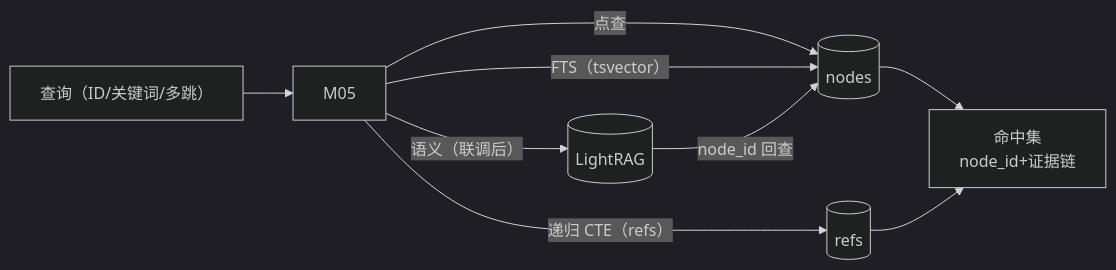
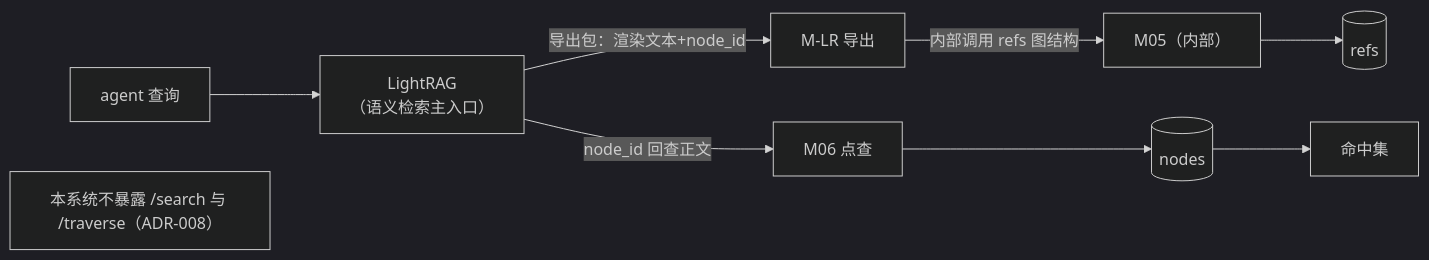
The fourth of 5 diagrams in spec/arch_spec/data_flow_diagrams.md (amoslee2026/AgenticDocer), drawn with Mermaid (dark theme) before and after one commit. The commit also changed other lines of this file, not shown here.

````diff
--- a/spec/arch_spec/data_flow_diagrams.md
+++ b/spec/arch_spec/data_flow_diagrams.md
@@ -80,11 +80,11 @@
 ```mermaid
 flowchart LR
-    Q["查询（ID/关键词/多跳）"] --> M5["M05"]
-    M5 -->|点查| N2[("nodes")] 
-    M5 -->|"递归 CTE（refs）"| R2[("refs")]
-    M5 -->|"FTS（tsvector）"| N2
-    M5 -->|"语义（联调后）"| LR2[("LightRAG")]
-    N2 --> HIT["命中集<br/>node_id+证据链"]
-    R2 --> HIT
-    LR2 -->|node_id 回查| N2
+    AQ["agent 查询"] --> LR["LightRAG<br/>（语义检索主入口）"]
+    LR -->|导出包：渲染文本+node_id| MLR["M-LR 导出"]
+    MLR -->|内部调用 refs 图结构| M5["M05（内部）"]
+    M5 --> R2[("refs")]
+    LR -->|node_id 回查正文| M6["M06 点查"]
+    M6 --> N2[("nodes")]
+    N2 --> HIT["命中集"]
+    note1["本系统不暴露 /search 与 /traverse（ADR-008）"]
 ```
````
